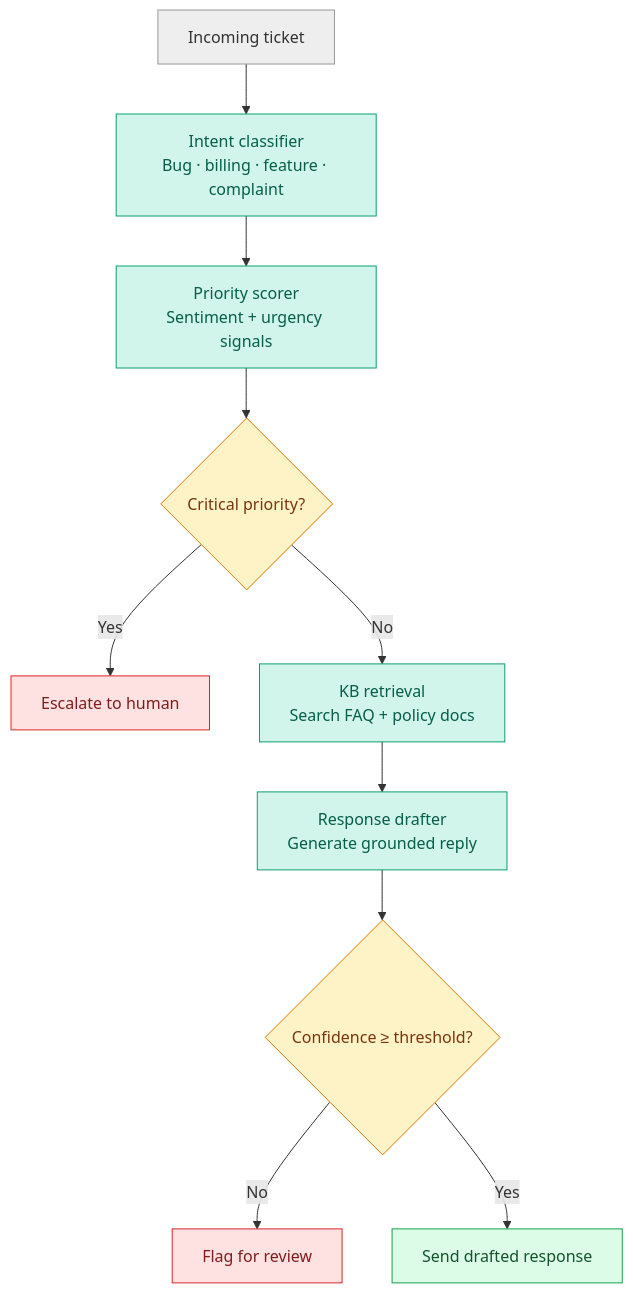
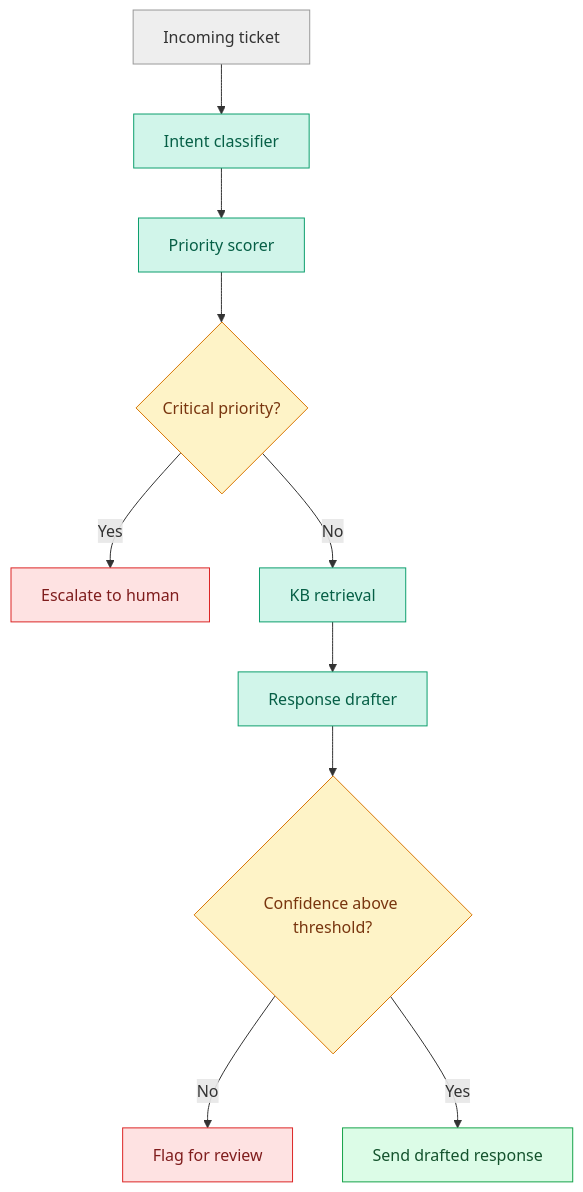
The diagram in README.md (Abdul-Ahad-Barrawas/support-agent), drawn with Mermaid before and after one commit. The commit also changed other lines of this file, not shown here.

Commit message:
Simplify Mermaid diagram for GitHub compatibility
GitHub's Mermaid renderer failed to parse the previous diagram
(quoted multi-line labels with embedded <br/> tags, unicode >=,
and inline :::class shorthand). Switch to plain node labels with
explicit class statements, which is the safe common denominator.

````diff
--- a/README.md
+++ b/README.md
@@ -7,18 +7,24 @@
 ```mermaid
 flowchart TD
-    A[Incoming ticket]:::start --> B["Intent classifier<br/>Bug · billing · feature · complaint"]:::tool
-    B --> C["Priority scorer<br/>Sentiment + urgency signals"]:::tool
-    C --> D{Critical priority?}:::gate
-    D -->|Yes| E[Escalate to human]:::handoff
-    D -->|No| F["KB retrieval<br/>Search FAQ + policy docs"]:::tool
-    F --> G["Response drafter<br/>Generate grounded reply"]:::tool
-    G --> H{"Confidence ≥ threshold?"}:::gate
-    H -->|No| I[Flag for review]:::handoff
-    H -->|Yes| J[Send drafted response]:::output
+    A[Incoming ticket] --> B[Intent classifier]
+    B --> C[Priority scorer]
+    C --> D{Critical priority?}
+    D -->|Yes| E[Escalate to human]
+    D -->|No| F[KB retrieval]
+    F --> G[Response drafter]
+    G --> H{Confidence above threshold?}
+    H -->|No| I[Flag for review]
+    H -->|Yes| J[Send drafted response]
 
-    classDef start fill:#eeeeee,stroke:#999999,color:#333333
-    classDef tool fill:#d1f5ea,stroke:#0e9f6e,color:#065f46
-    classDef gate fill:#fef3c7,stroke:#d97706,color:#78350f
-    classDef handoff fill:#fee2e2,stroke:#dc2626,color:#7f1d1d
-    classDef output fill:#dcfce7,stroke:#16a34a,color:#14532d
+    class A startNode
+    class B,C,F,G toolNode
+    class D,H gateNode
+    class E,I handoffNode
+    class J outputNode
+
+    classDef startNode fill:#eeeeee,stroke:#999999,color:#333333
+    classDef toolNode fill:#d1f5ea,stroke:#0e9f6e,color:#065f46
+    classDef gateNode fill:#fef3c7,stroke:#d97706,color:#78350f
+    classDef handoffNode fill:#fee2e2,stroke:#dc2626,color:#7f1d1d
+    classDef outputNode fill:#dcfce7,stroke:#16a34a,color:#14532d
 ```
````
